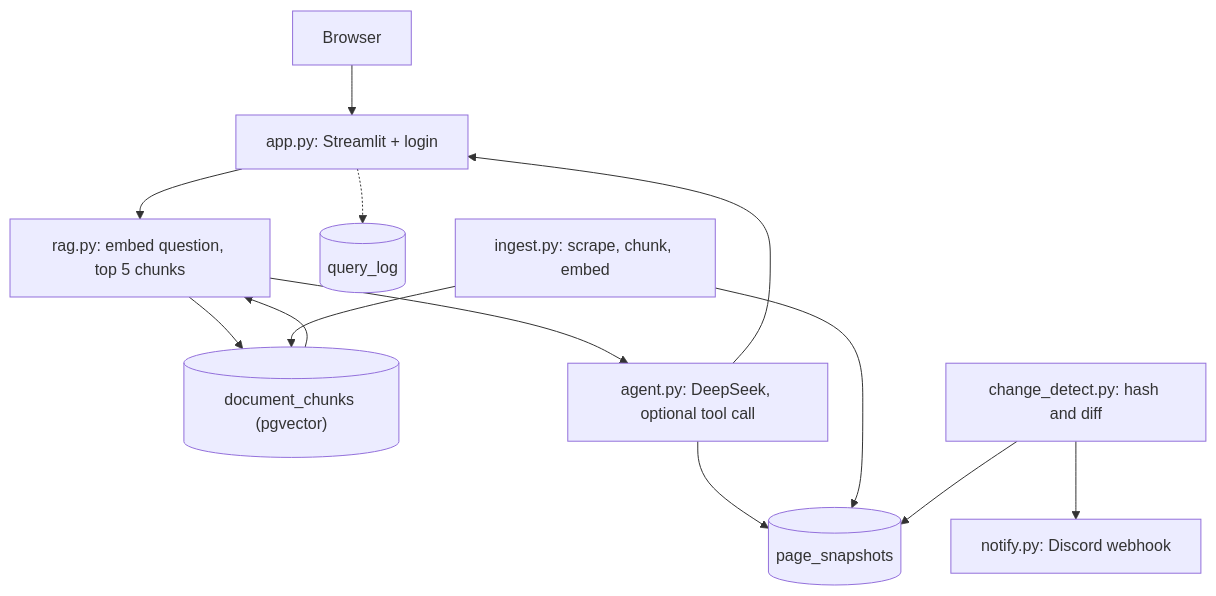
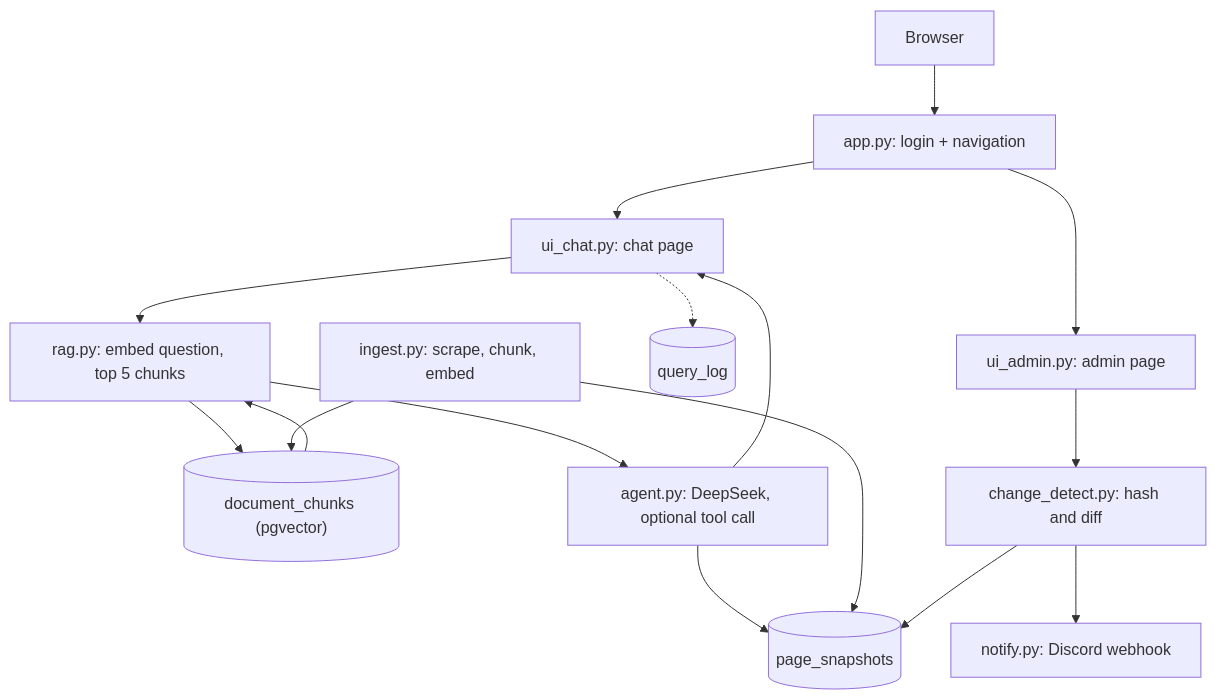
Before and after one commit to Brian-code-123/EduPulse-HK: the diagram in README.md, drawn with Mermaid. The commit also changed other lines of this file and 2 other files, not shown here.

````diff
--- a/README.md
+++ b/README.md
@@ -39,16 +39,19 @@
 ```mermaid
 flowchart TD
-    user["Browser"] --> app["app.py: Streamlit + login"]
-    app --> rag["rag.py: embed question, top 5 chunks"]
+    user["Browser"] --> app["app.py: login + navigation"]
+    app --> chat["ui_chat.py: chat page"]
+    app --> admin["ui_admin.py: admin page"]
+    chat --> rag["rag.py: embed question, top 5 chunks"]
     rag --> chunks[("document_chunks (pgvector)")]
     chunks --> rag
     rag --> agent["agent.py: DeepSeek, optional tool call"]
     agent --> snaps[("page_snapshots")]
-    agent --> app
-    app -.-> qlog[("query_log")]
+    agent --> chat
+    chat -.-> qlog[("query_log")]
 
     ingest["ingest.py: scrape, chunk, embed"] --> chunks
     ingest --> snaps
-    detect["change_detect.py: hash and diff"] --> snaps
+    admin --> detect["change_detect.py: hash and diff"]
+    detect --> snaps
     detect --> notify["notify.py: Discord webhook"]
 ```
````
